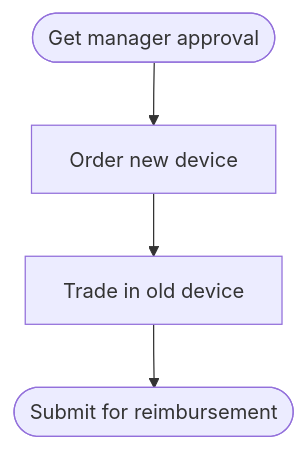
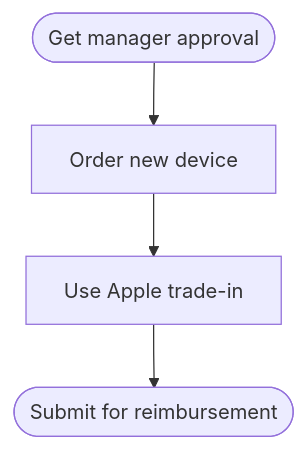
Before and after one commit to ultralytics/handbook: the first of 2 diagrams in docs/en/faq/index.md, drawn with Mermaid. The commit also changed 8 other files, not shown here.

First line of the commit message:
Address review findings and tune diagrams for the dagre layout

````diff
--- a/docs/en/faq/index.md
+++ b/docs/en/faq/index.md
@@ -181,6 +181,6 @@
     ```mermaid
     flowchart TD
         A([Get manager approval]) --> B[Order new device]
-        B --> C[Trade in old device]
+        B --> C[Use Apple trade-in]
         C --> D([Submit for reimbursement])
     ```
````
